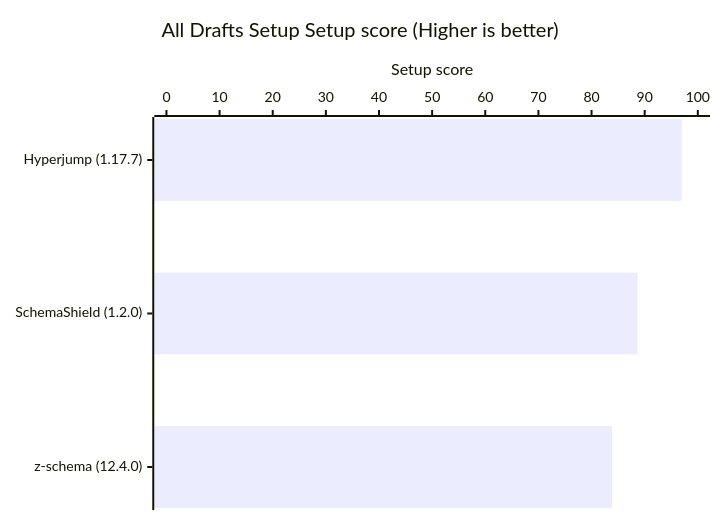
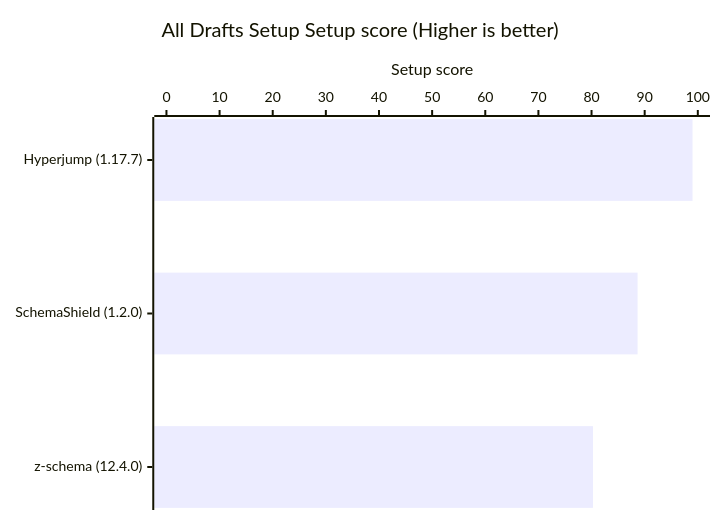
Before and after one commit to Masquerade-Circus/json-schema-validator-bench: the fifth of 8 diagrams in README.md, drawn with Mermaid. The commit also changed other lines of this file and 243 other files, not shown here.

````diff
--- a/README.md
+++ b/README.md
@@ -204,7 +204,7 @@
 ```mermaid
 xychart horizontal
     title "All Drafts Setup Setup score (Higher is better)"
     x-axis ["Hyperjump (1.17.7)", "SchemaShield (1.2.0)", "z-schema (12.4.0)"]
     y-axis "Setup score" 0 --> 100
-    bar [96.963, 88.658, 83.866]
+    bar [99.008, 88.663, 80.265]
 ```
````
